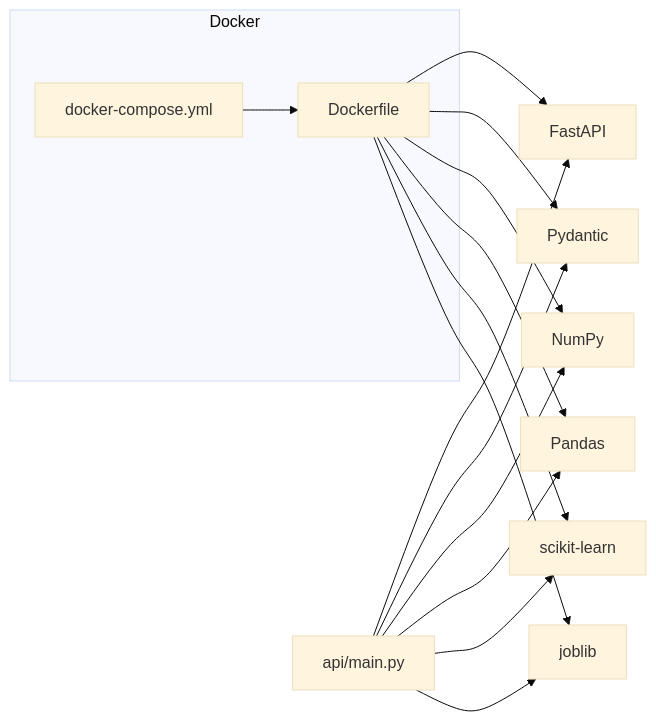
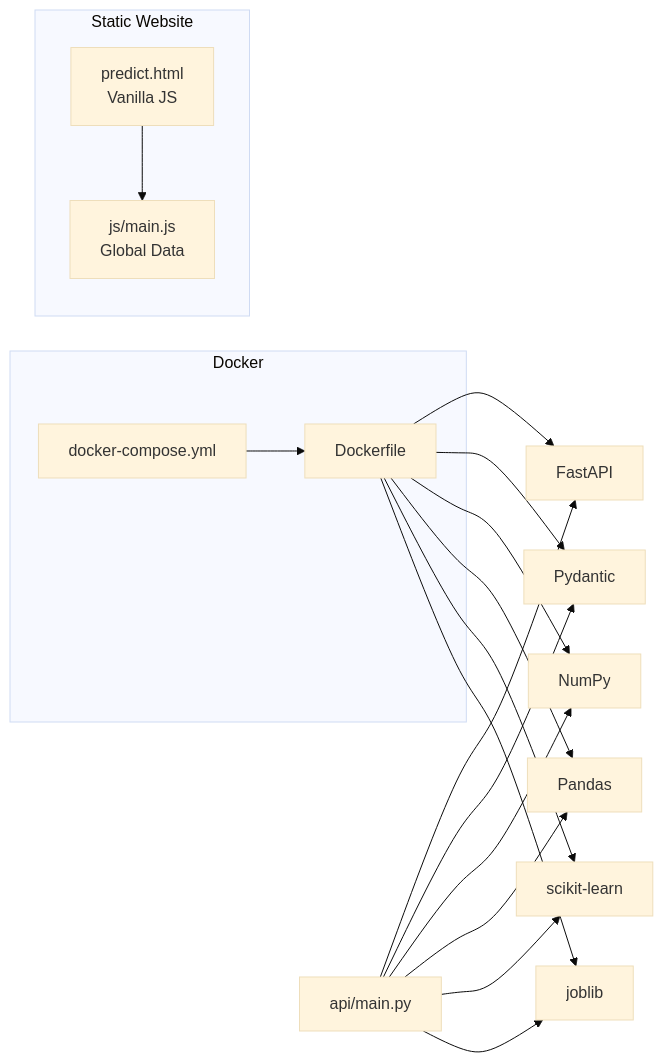
The third of 3 diagrams in .qoder/repowiki/en/content/REST API Service/REST API Service.md (tashkirrr/housing-price-prediction), drawn with Mermaid (base theme) before and after one commit. The commit also changed other lines of this file and 9 other files, not shown here.

First line of the commit message:
refactor(docs): restructure docs for static website deployment

````diff
--- a/.qoder/repowiki/en/content/REST API Service/REST API Service.md
+++ b/.qoder/repowiki/en/content/REST API Service/REST API Service.md
@@ -291,20 +335,25 @@
 ```mermaid
 graph LR
 A["api/main.py"] --> F["FastAPI"]
 A --> P["Pydantic"]
 A --> N["NumPy"]
 A --> PD["Pandas"]
 A --> SK["scikit-learn"]
 A --> JL["joblib"]
 subgraph "Docker"
 DF["Dockerfile"]
 DC["docker-compose.yml"]
 end
 DF --> F
 DF --> P
 DF --> N
 DF --> PD
 DF --> SK
 DF --> JL
 DC --> DF
+subgraph "Static Website"
+SW["predict.html<br/>Vanilla JS"]
+GD["js/main.js<br/>Global Data"]
+end
+SW --> GD
 ```
````
